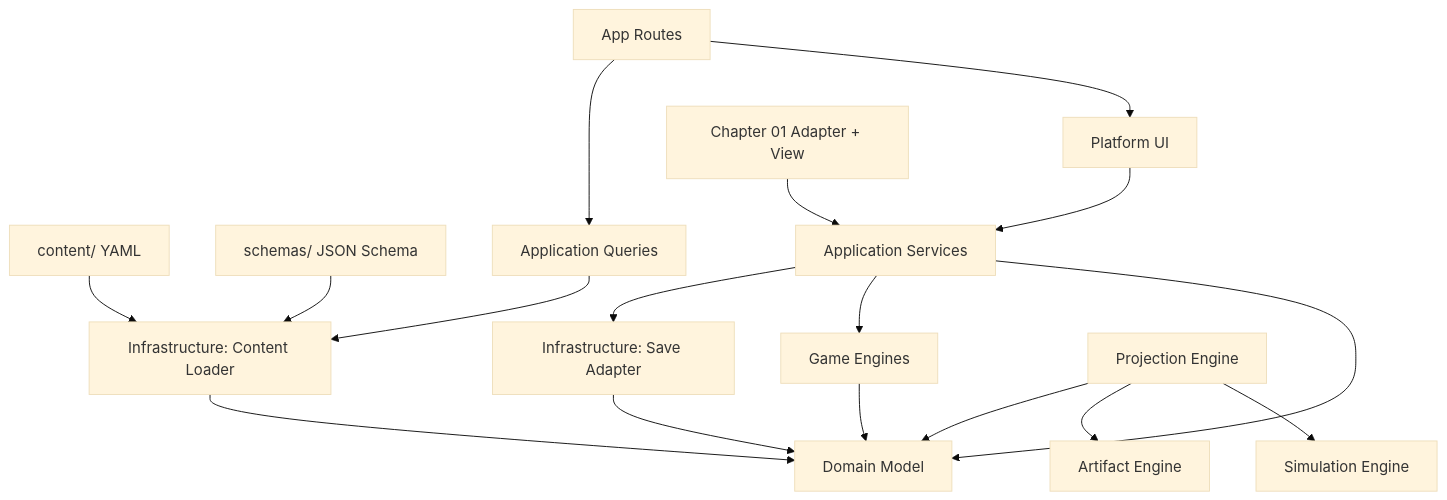
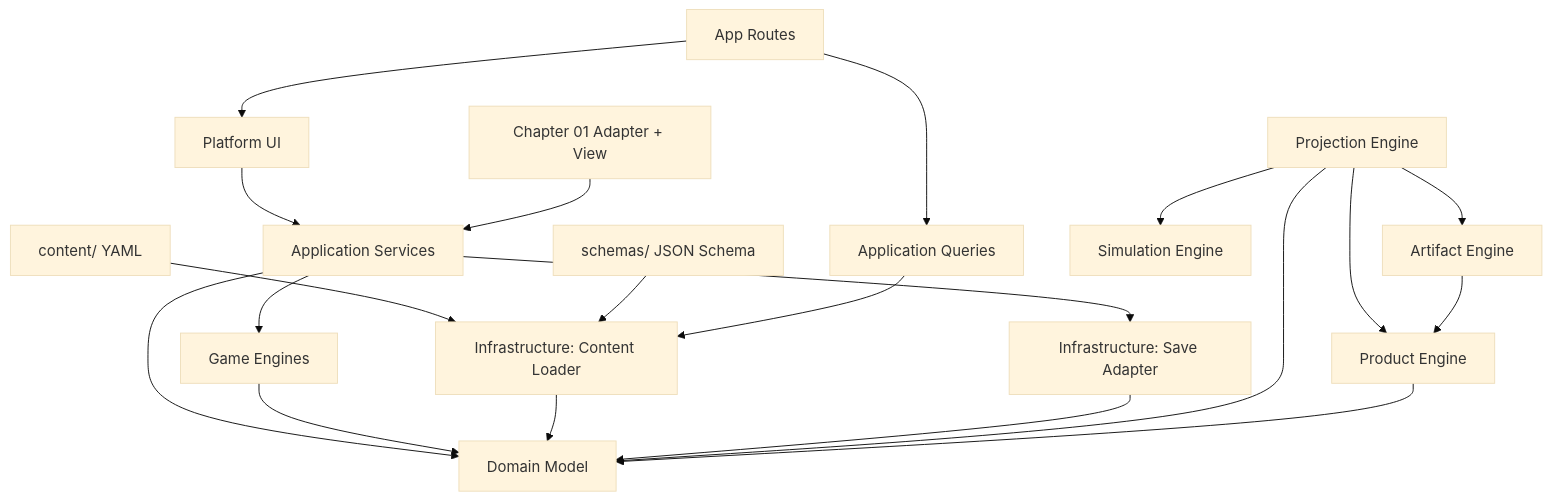
One commit to aleksandradovgopolova-boop/ai-product-quest changed the diagram in docs/architecture/dependency-graph.md. Above: the diagram before and after it, drawn with Mermaid (base theme). The commit also changed other lines of this file and 4 other files, not shown here.

````diff
--- a/docs/architecture/dependency-graph.md
+++ b/docs/architecture/dependency-graph.md
@@ -5,23 +5,26 @@
 ```mermaid
 graph TD
   Content["content/ YAML"] --> Loader["Infrastructure: Content Loader"]
   Schemas["schemas/ JSON Schema"] --> Loader
 
   App["App Routes"] --> Platform["Platform UI"]
   App --> AppQueries["Application Queries"]
   Platform --> AppServices["Application Services"]
   ChapterUI["Chapter 01 Adapter + View"] --> AppServices
 
   AppQueries --> Loader
   AppServices --> Domain["Domain Model"]
   AppServices --> Engines["Game Engines"]
   AppServices --> Persistence["Infrastructure: Save Adapter"]
 
   Engines --> Domain
   Loader --> Domain
   Persistence --> Domain
 
   Projection["Projection Engine"] --> Simulation["Simulation Engine"]
   Projection --> Artifact["Artifact Engine"]
+  Projection --> Product["Product Engine"]
   Projection --> Domain
+  Product --> Domain
+  Artifact --> Product
 ```
````
